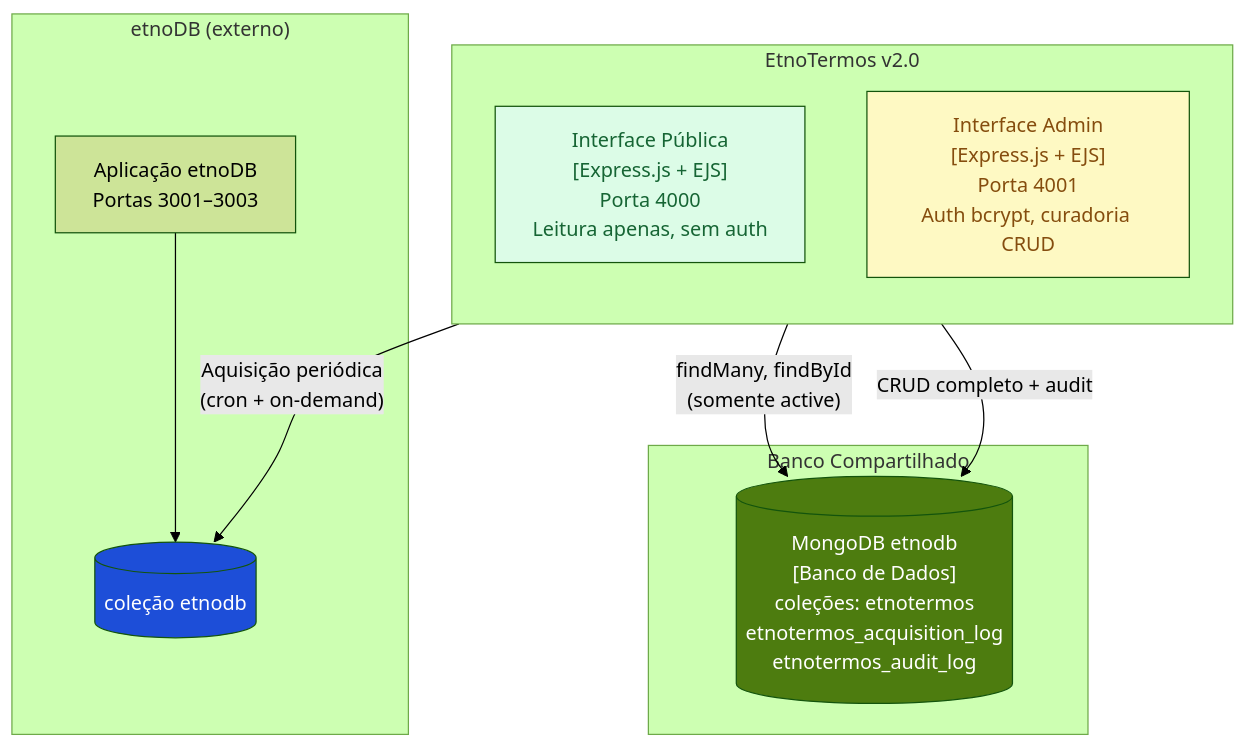
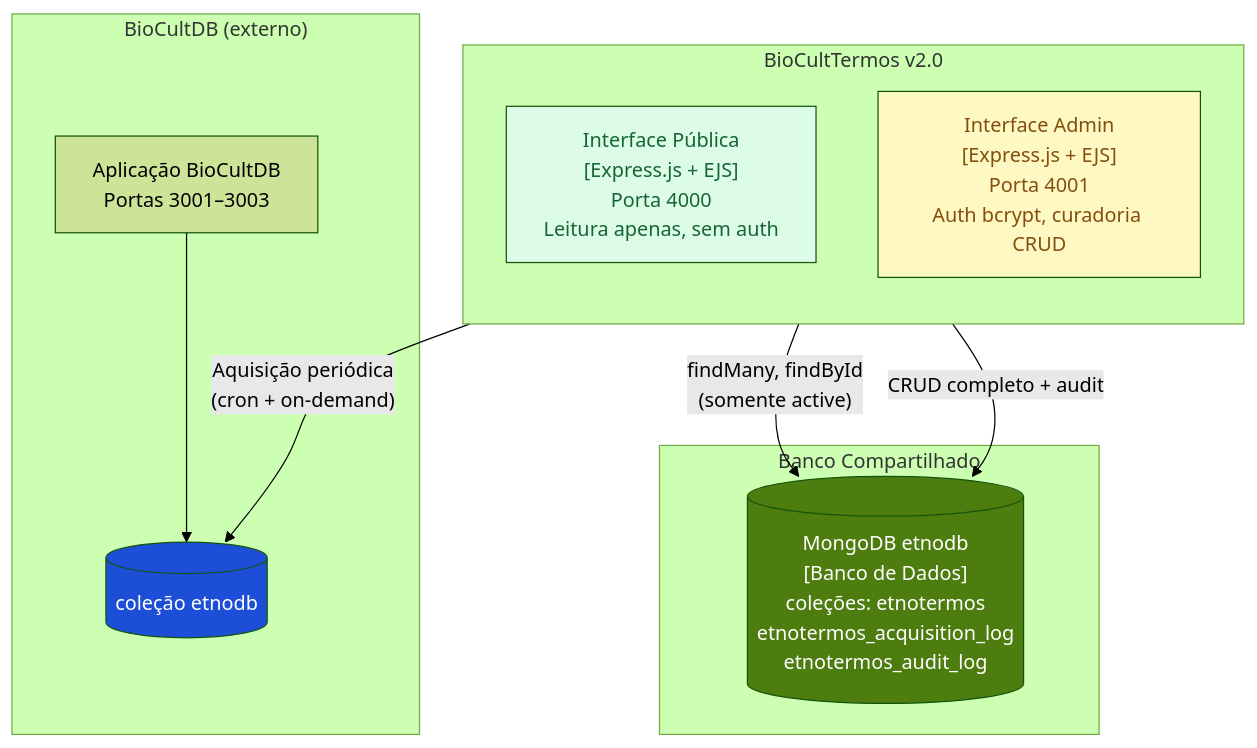
One commit to edalcin/etnotermos changed the second of 6 diagrams in README.md. Above: the diagram before and after it, drawn with Mermaid (forest theme). The commit also changed other lines of this file and 55 other files, not shown here.

````diff
--- a/README.md
+++ b/README.md
@@ -158,27 +158,27 @@
 ```mermaid
 graph TD
-    subgraph EtnoTermos["EtnoTermos v2.0"]
+    subgraph BioCultTermos["BioCultTermos v2.0"]
         direction TB
         PUB["Interface Pública\n[Express.js + EJS]\nPorta 4000\nLeitura apenas, sem auth"]
         ADM["Interface Admin\n[Express.js + EJS]\nPorta 4001\nAuth bcrypt, curadoria CRUD"]
     end
 
     subgraph Shared["Banco Compartilhado"]
         MDB[("MongoDB etnodb\n[Banco de Dados]\ncoleções: etnotermos\netnotermos_acquisition_log\netnotermos_audit_log")]
     end
 
-    subgraph EtnoDB["etnoDB (externo)"]
-        EDBAPP["Aplicação etnoDB\nPortas 3001–3003"]
+    subgraph BioCultDB["BioCultDB (externo)"]
+        EDBAPP["Aplicação BioCultDB\nPortas 3001–3003"]
         EDBCOL[("coleção etnodb")]
     end
 
     PUB -->|"findMany, findById\n(somente active)"| MDB
     ADM -->|"CRUD completo + audit"| MDB
     ADM -->|"Aquisição periódica\n(cron + on-demand)"| EDBCOL
     EDBAPP --> EDBCOL
 
     style PUB fill:#dcfce7,color:#166534
     style ADM fill:#fef9c3,color:#854d0e
     style MDB fill:#4d7c0f,color:#fff
     style EDBCOL fill:#1d4ed8,color:#fff
 ```
````
